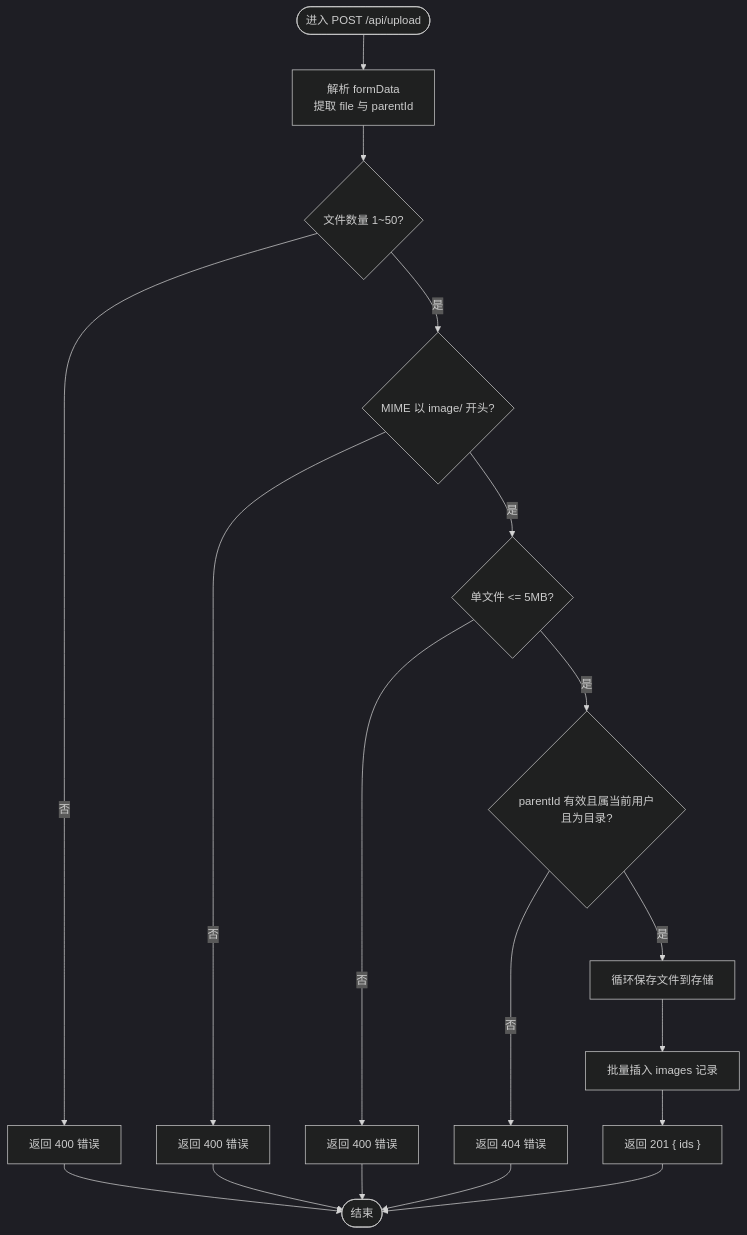
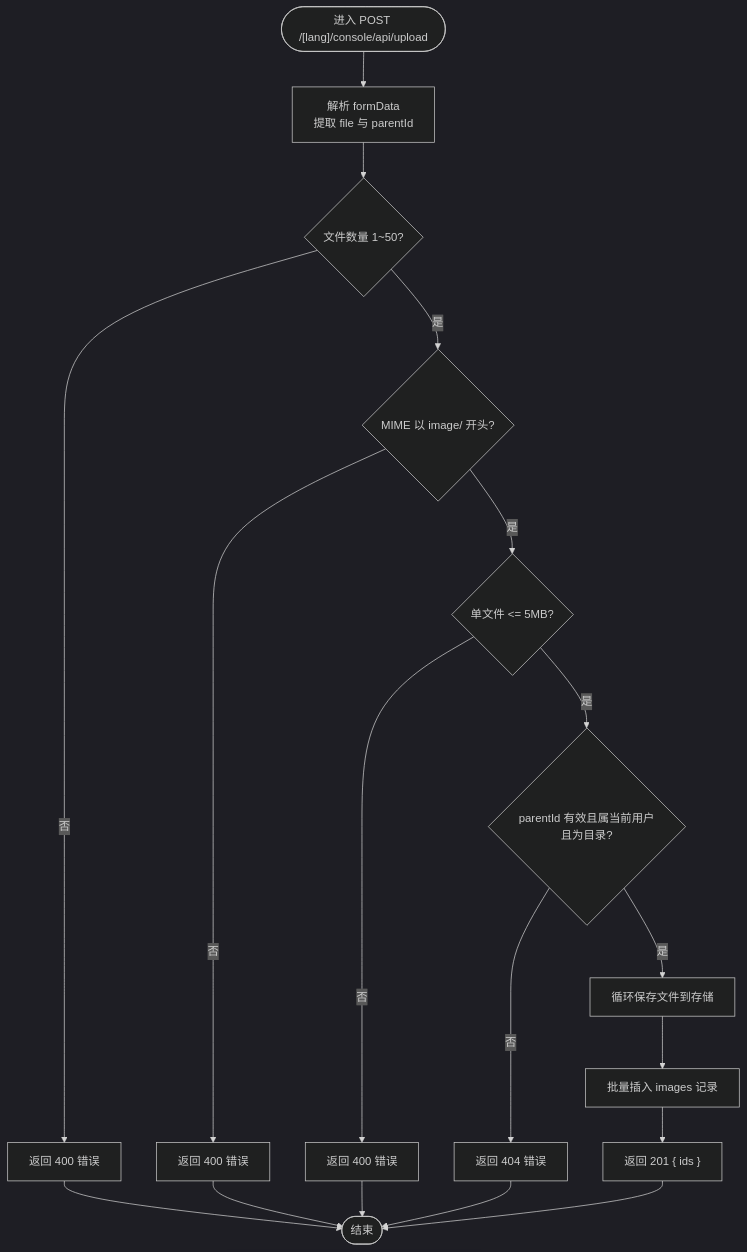
The third of 5 diagrams in .qoder/repowiki/zh/content/API 接口文档/文件上传 API.md (pnnh/weable), drawn with Mermaid (dark theme) before and after one commit. The commit also changed other lines of this file and 133 other files, not shown here.

Commit message:
实现基于浏览器自带AI识别图片内容功能

````diff
--- a/.qoder/repowiki/zh/content/API 接口文档/文件上传 API.md
+++ b/.qoder/repowiki/zh/content/API 接口文档/文件上传 API.md
@@ -140,20 +157,20 @@
 ```mermaid
 flowchart TD
-Start(["进入 POST /api/upload"]) --> Parse["解析 formData<br/>提取 file 与 parentId"]
+Start(["进入 POST /[lang]/console/api/upload"]) --> Parse["解析 formData<br/>提取 file 与 parentId"]
 Parse --> Count{"文件数量 1~50?"}
 Count -- 否 --> Err400a["返回 400 错误"]
 Count -- 是 --> TypeCheck{"MIME 以 image/ 开头?"}
 TypeCheck -- 否 --> Err400b["返回 400 错误"]
 TypeCheck -- 是 --> SizeCheck{"单文件 <= 5MB?"}
 SizeCheck -- 否 --> Err400c["返回 400 错误"]
 SizeCheck -- 是 --> ParentCheck{"parentId 有效且属当前用户且为目录?"}
 ParentCheck -- 否 --> Err404["返回 404 错误"]
 ParentCheck -- 是 --> SaveLoop["循环保存文件到存储"]
 SaveLoop --> InsertDB["批量插入 images 记录"]
 InsertDB --> Ok["返回 201 { ids }"]
 Err400a --> End(["结束"])
 Err400b --> End
 Err400c --> End
 Err404 --> End
 Ok --> End
 ```
````
